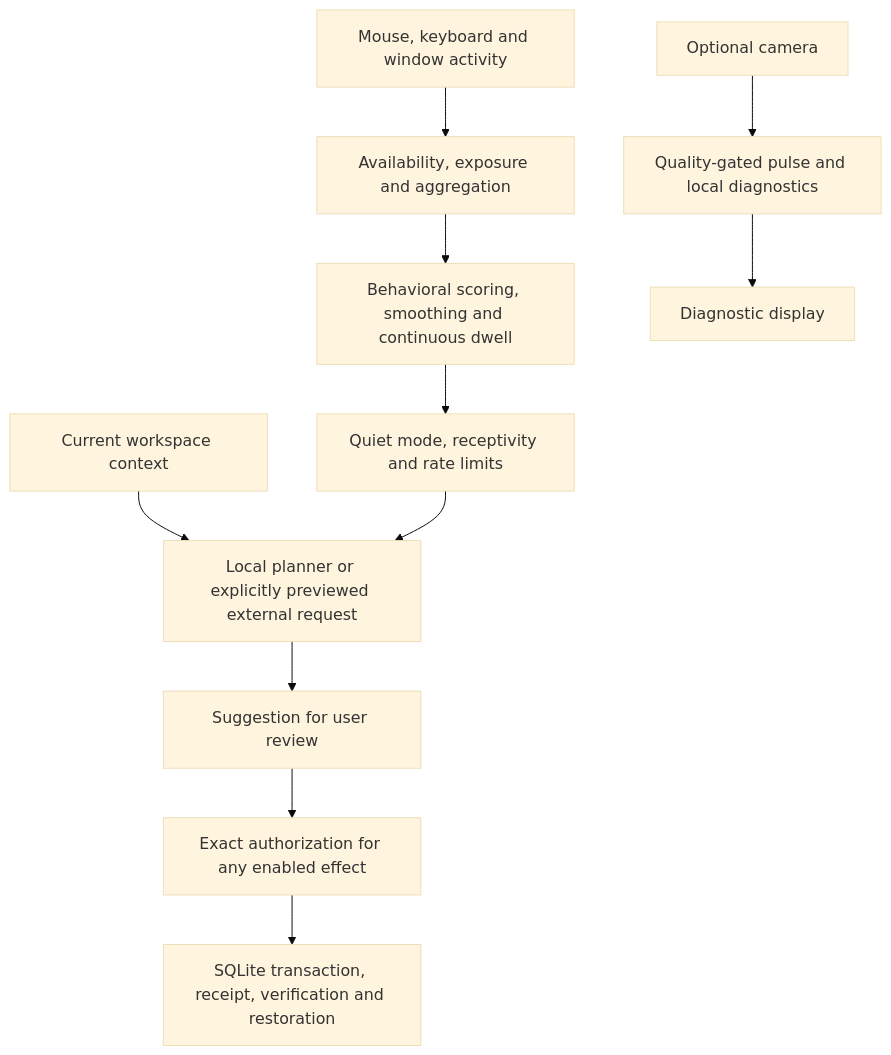
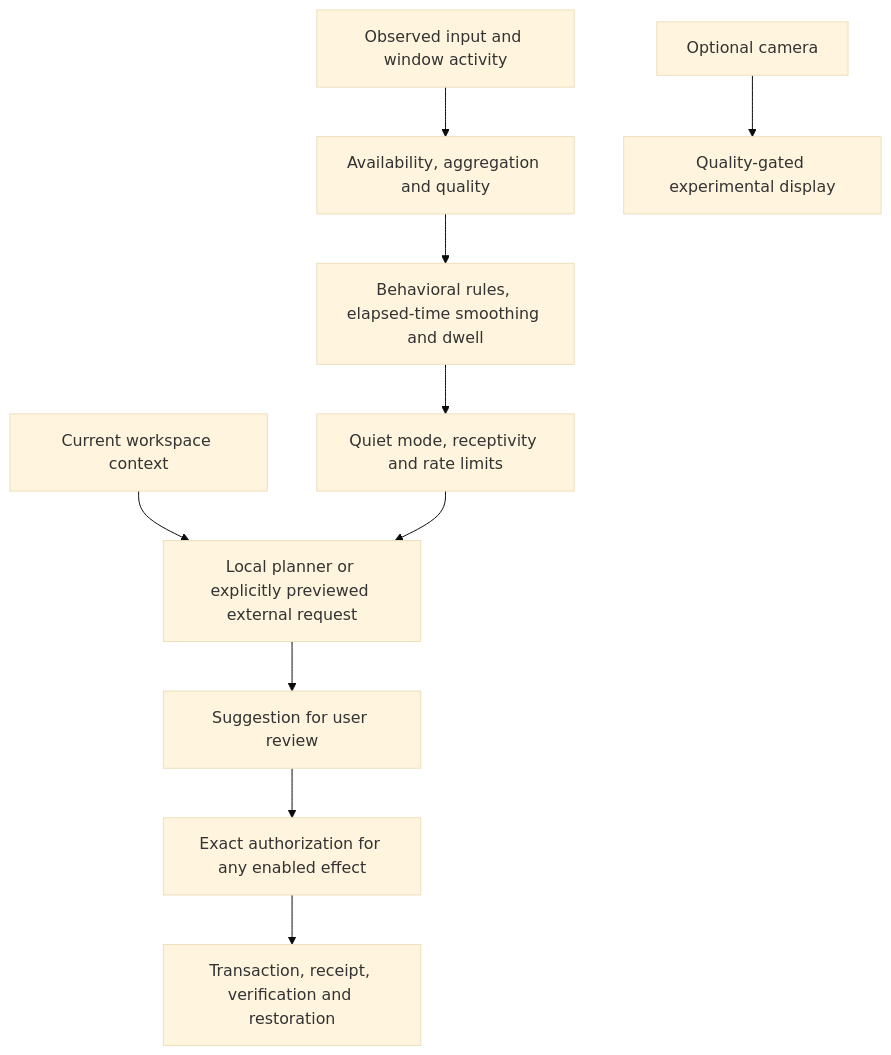
One commit to StevenWang-CY/cortex changed the diagram in README.md. Above: the diagram before and after it, drawn with Mermaid (base theme). The commit also changed other lines of this file and 61 other files, not shown here.

````diff
--- a/README.md
+++ b/README.md
@@ -161,13 +78,12 @@
 ```mermaid
 flowchart TD
-  A[Mouse, keyboard and window activity] --> B[Availability, exposure and aggregation]
-  B --> C[Behavioral scoring, smoothing and continuous dwell]
+  A[Observed input and window activity] --> B[Availability, aggregation and quality]
+  B --> C[Behavioral rules, elapsed-time smoothing and dwell]
   C --> D[Quiet mode, receptivity and rate limits]
   E[Current workspace context] --> F[Local planner or explicitly previewed external request]
   D --> F
   F --> G[Suggestion for user review]
   G --> H[Exact authorization for any enabled effect]
-  H --> I[SQLite transaction, receipt, verification and restoration]
-  J[Optional camera] --> K[Quality-gated pulse and local diagnostics]
-  K --> L[Diagnostic display]
+  H --> I[Transaction, receipt, verification and restoration]
+  J[Optional camera] --> K[Quality-gated experimental display]
 ```
````
